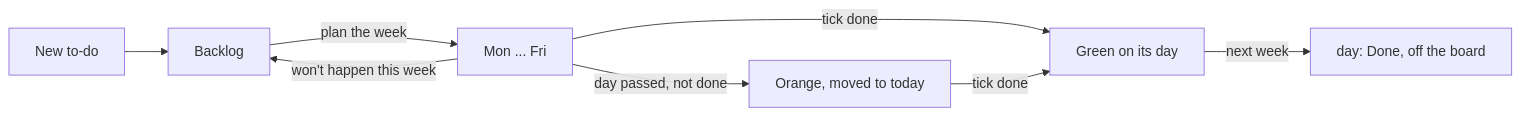
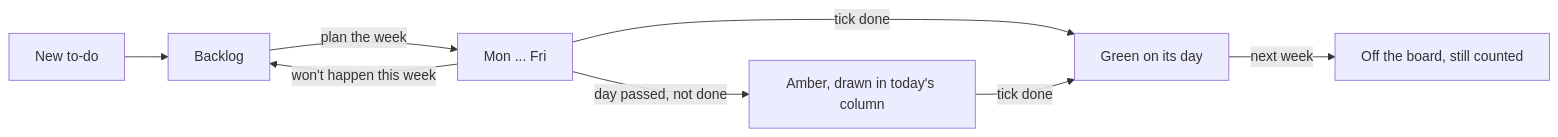
The second of 3 diagrams in kits/planning/07 How-tos/Obsidian/Vault spec.md (johnsonolly4/lab-kit), drawn with Mermaid before and after one commit. The commit also changed other lines of this file and 1 other file, not shown here.

Commit message:
Vault spec: to-dos on scheduled only, week arrows, Close the week and Late cards (I2 Phase 9, piece 1)

````diff
--- a/kits/planning/07 How-tos/Obsidian/Vault spec.md
+++ b/kits/planning/07 How-tos/Obsidian/Vault spec.md
@@ -171,10 +172,10 @@
 ```mermaid
 flowchart LR
   N[New to-do] --> BL[Backlog]
   BL -->|plan the week| D[Mon ... Fri]
   D -->|tick done| G[Green on its day]
-  D -->|day passed, not done| O[Orange, moved to today]
+  D -->|day passed, not done| O[Amber, drawn in today's column]
   O -->|tick done| G
-  G -->|next week| DN[day: Done, off the board]
+  G -->|next week| DN[Off the board, still counted]
   D -->|won't happen this week| BL
 ```
````
